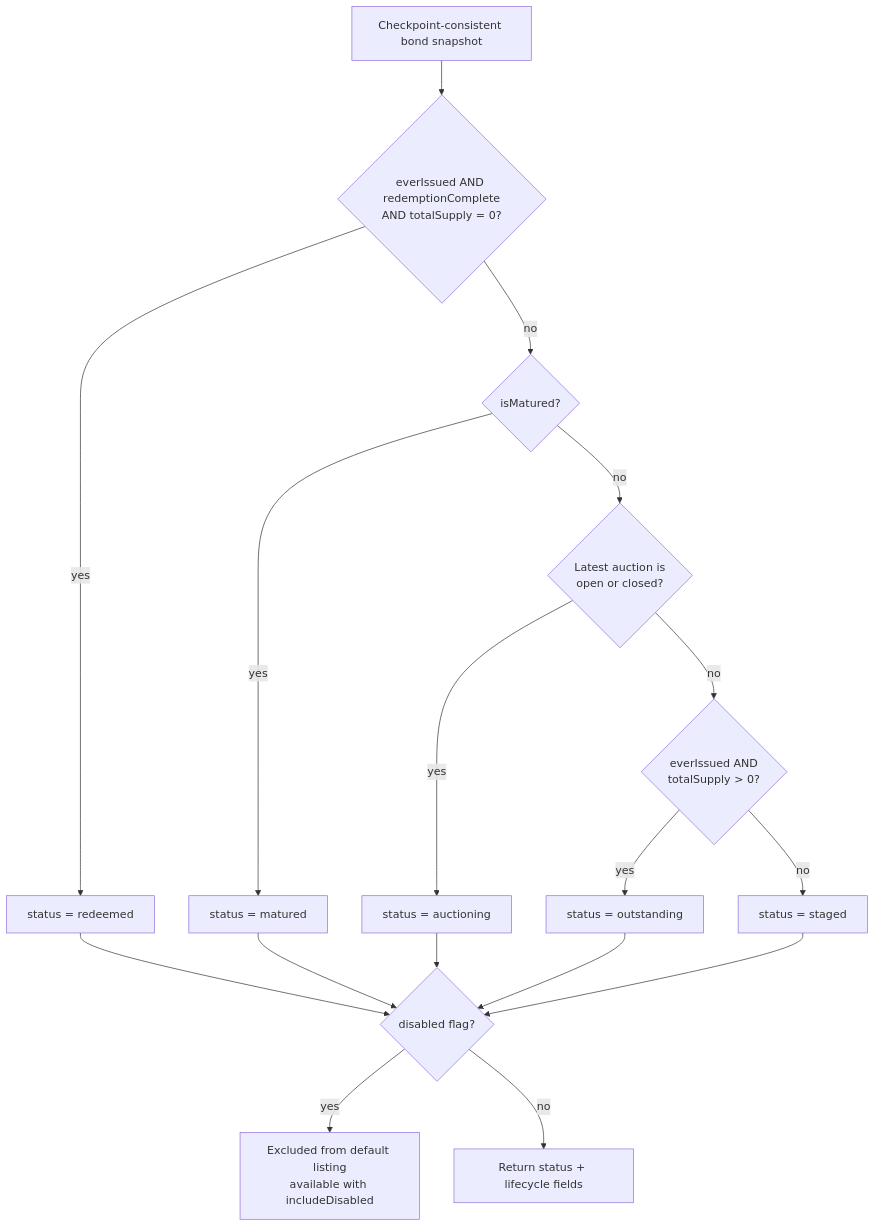
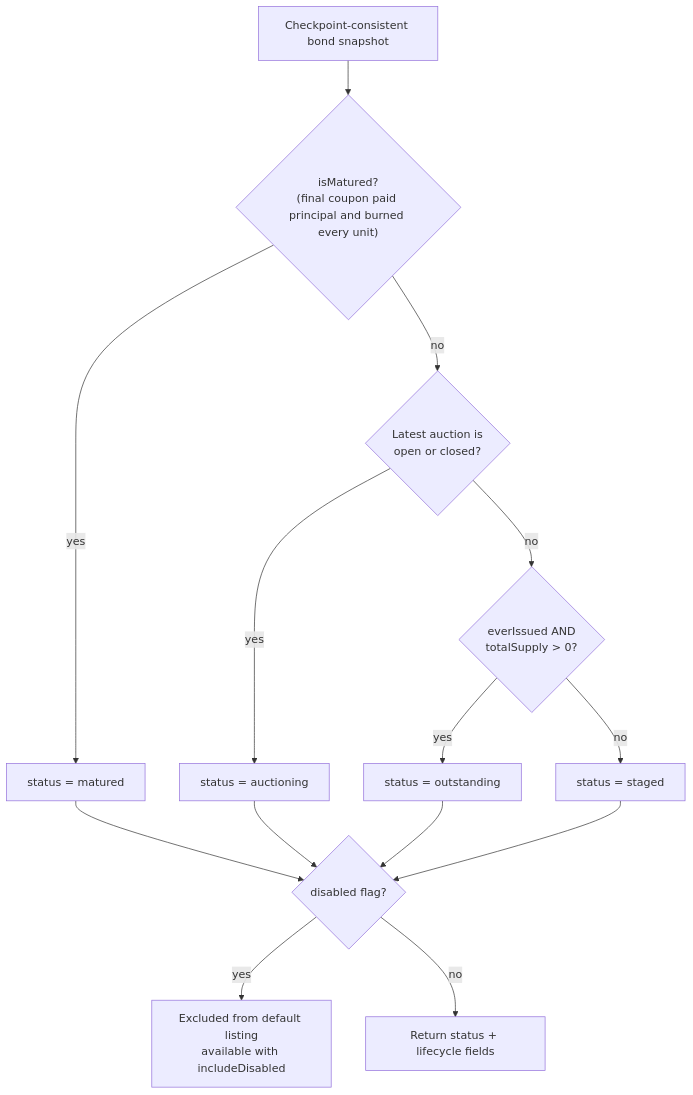
The first of 2 diagrams in docs/diagrams/processes/bond-lifecycle.md (Norges-Bank-CBDC-Lab/cbdc-tokenization-sandbox), drawn with Mermaid before and after one commit. The commit also changed other lines of this file and 28 other files, not shown here.

````diff
--- a/docs/diagrams/processes/bond-lifecycle.md
+++ b/docs/diagrams/processes/bond-lifecycle.md
@@ -7,28 +7,24 @@
 ```mermaid
 flowchart TD
     snapshot["Checkpoint-consistent bond snapshot"]
-    redeemed{"everIssued AND redemptionComplete<br/>AND totalSupply = 0?"}
-    matured{"isMatured?"}
+    matured{"isMatured?<br/>(final coupon paid principal and burned every unit)"}
     auctioning{"Latest auction is<br/>open or closed?"}
     outstanding{"everIssued AND<br/>totalSupply > 0?"}
-    r["status = redeemed"]
     m["status = matured"]
     a["status = auctioning"]
     o["status = outstanding"]
     s["status = staged"]
     disabled{"disabled flag?"}
     hidden["Excluded from default listing<br/>available with includeDisabled"]
     visible["Return status + lifecycle fields"]
 
-    snapshot --> redeemed
-    redeemed -->|"yes"| r --> disabled
-    redeemed -->|"no"| matured
+    snapshot --> matured
     matured -->|"yes"| m --> disabled
     matured -->|"no"| auctioning
     auctioning -->|"yes"| a --> disabled
     auctioning -->|"no"| outstanding
     outstanding -->|"yes"| o --> disabled
     outstanding -->|"no"| s --> disabled
     disabled -->|"yes"| hidden
     disabled -->|"no"| visible
 ```
````
